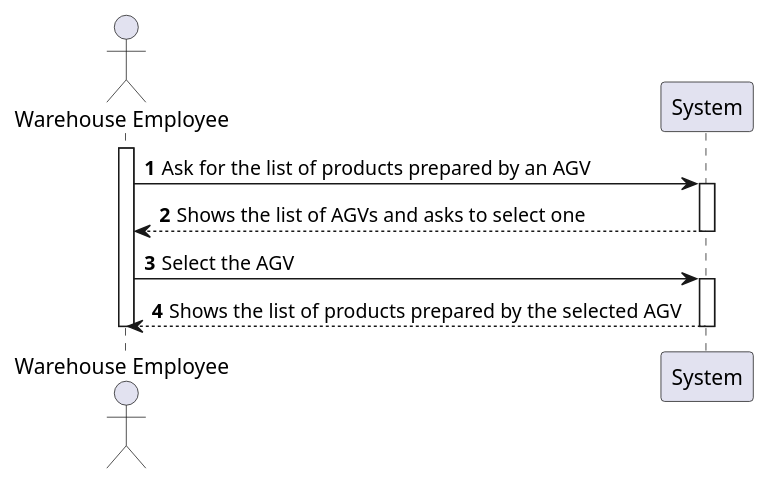
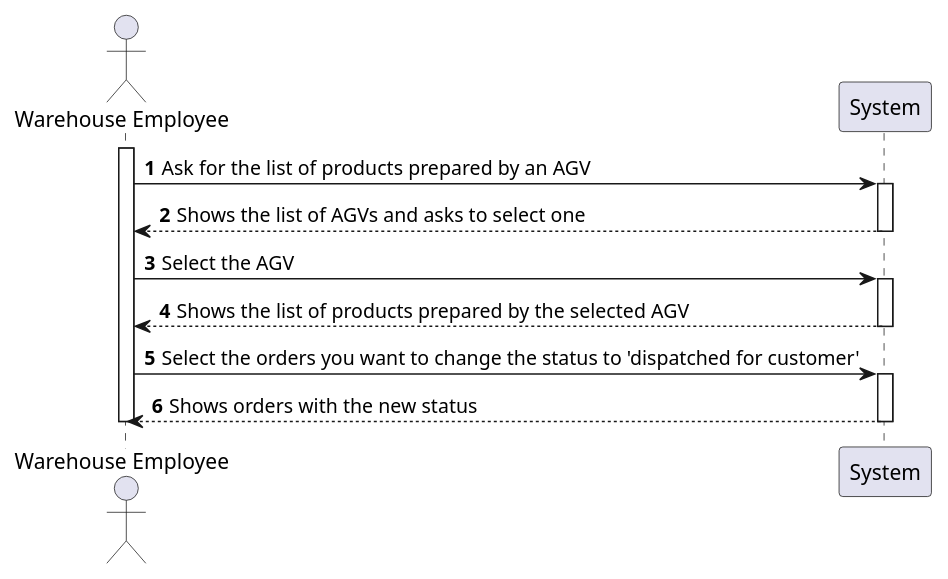
Before and after one commit to 0franciscor/lei21_22_s4_2de_01: the diagram in docs/1200720/US2004/SSD_US2004.puml, drawn with PlantUML. The commit also changed 44 other files, not shown here.

Commit message:
#20 - Changes to the US2004 sequence diagram

```diff
--- a/docs/1200720/US2004/SSD_US2004.puml
+++ b/docs/1200720/US2004/SSD_US2004.puml
@@ -1,20 +1,27 @@
 @startuml
 'https://plantuml.com/sequence-diagram
 
 actor "Warehouse Employee" as F
 participant System as S
 autonumber
 
 activate F
 F -> S : Ask for the list of products prepared by an AGV
 activate S
 
 S --> F : Shows the list of AGVs and asks to select one
 deactivate S
 F -> S: Select the AGV
 activate S
 S --> F : Shows the list of products prepared by the selected AGV
+deactivate S
+
+F -> S : Select the orders you want to change the status to 'dispatched for customer'
+activate S
+
+S --> F : Shows orders with the new status
+deactivate S
 
 deactivate S
 deactivate F
 @enduml
```
